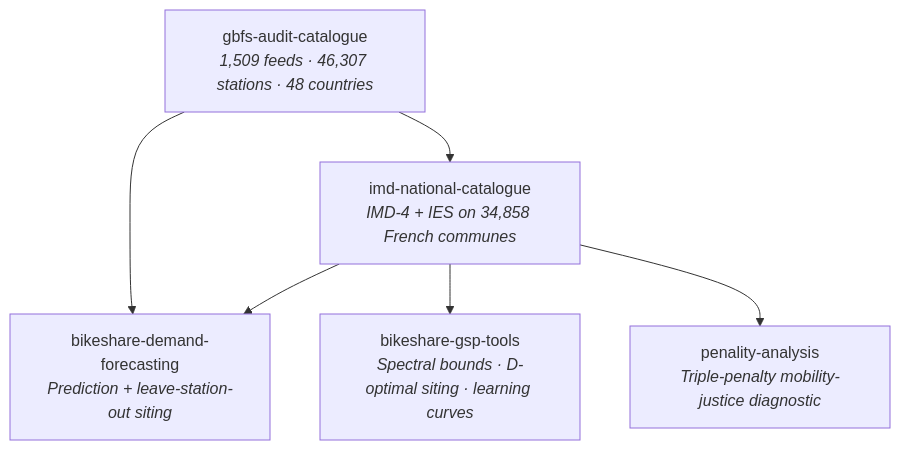
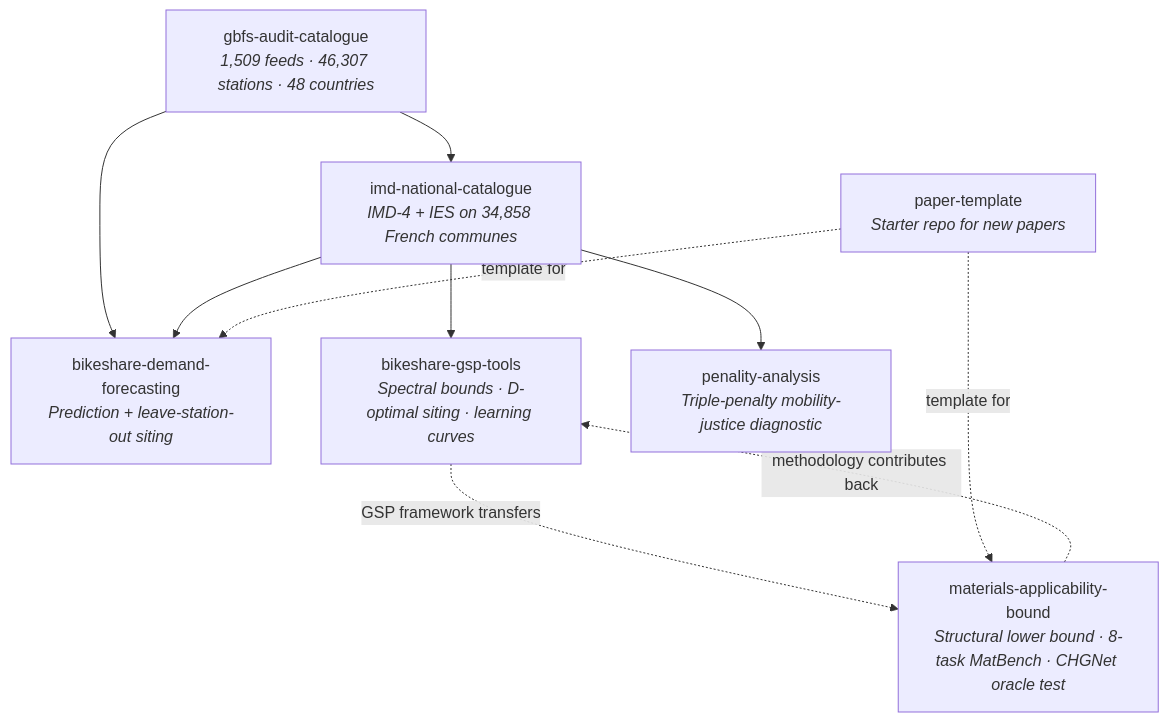
One commit to cycling-data-lab/.github changed the diagram in profile/README.md. Above: the diagram before and after it, drawn with Mermaid. The commit also changed other lines of this file, not shown here.

First line of the commit message:
Update org README : add materials-applicability-bound + paper-template, bump repo count to 7, add Zenodo DOI badge

````diff
--- a/profile/README.md
+++ b/profile/README.md
@@ -32,14 +34,20 @@
 ```mermaid
 flowchart TD
     A[gbfs-audit-catalogue<br/><i>1,509 feeds · 46,307 stations · 48 countries</i>]
     B[imd-national-catalogue<br/><i>IMD-4 + IES on 34,858 French communes</i>]
     C[bikeshare-demand-forecasting<br/><i>Prediction + leave-station-out siting</i>]
     D[bikeshare-gsp-tools<br/><i>Spectral bounds · D-optimal siting · learning curves</i>]
     E[penality-analysis<br/><i>Triple-penalty mobility-justice diagnostic</i>]
+    F[materials-applicability-bound<br/><i>Structural lower bound · 8-task MatBench · CHGNet oracle test</i>]
+    G[paper-template<br/><i>Starter repo for new papers</i>]
 
     A --> B
     A --> C
     B --> C
     B --> D
     B --> E
+    D -.->|GSP framework transfers| F
+    F -.->|methodology contributes back| D
+    G -.->|template for| F
+    G -.->|template for| C
 ```
````
